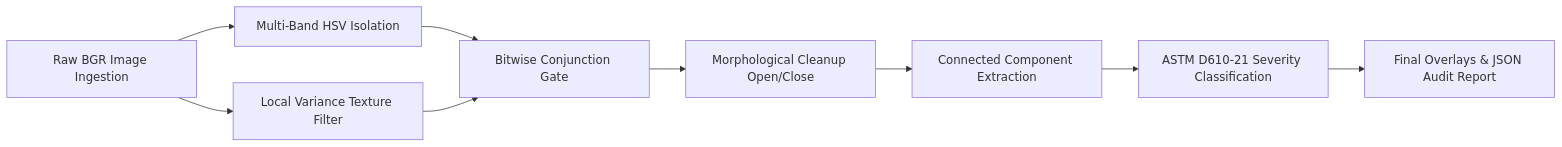
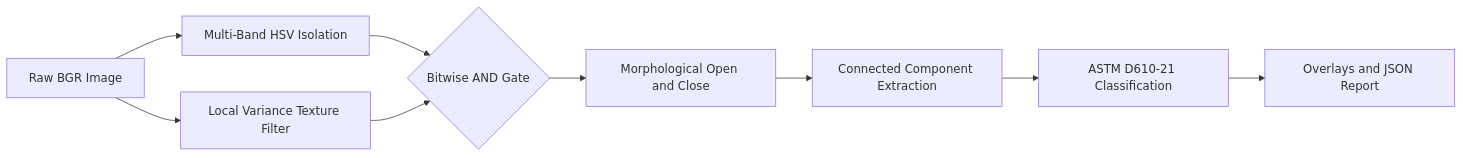
One commit to RAJ-ARYAN-NITK/rusteze changed the second of 5 diagrams in README.md. Above: the diagram before and after it, drawn with Mermaid. The commit also changed other lines of this file, not shown here.

````diff
--- a/README.md
+++ b/README.md
@@ -61,11 +81,11 @@
 ```mermaid
 flowchart LR
-    A[Raw BGR Image Ingestion] --> B[Multi-Band HSV Isolation]
-    A --> C[Local Variance Texture Filter]
-    B --> D[Bitwise Conjunction Gate]
+    A["Raw BGR Image"] --> B["Multi-Band HSV Isolation"]
+    A --> C["Local Variance Texture Filter"]
+    B --> D{"Bitwise AND Gate"}
     C --> D
-    D --> E[Morphological Cleanup Open/Close]
-    E --> F[Connected Component Extraction]
-    F --> G[ASTM D610-21 Severity Classification]
-    G --> H[Final Overlays & JSON Audit Report]
+    D --> E["Morphological Open and Close"]
+    E --> F["Connected Component Extraction"]
+    F --> G["ASTM D610-21 Classification"]
+    G --> H["Overlays and JSON Report"]
 ```
````
